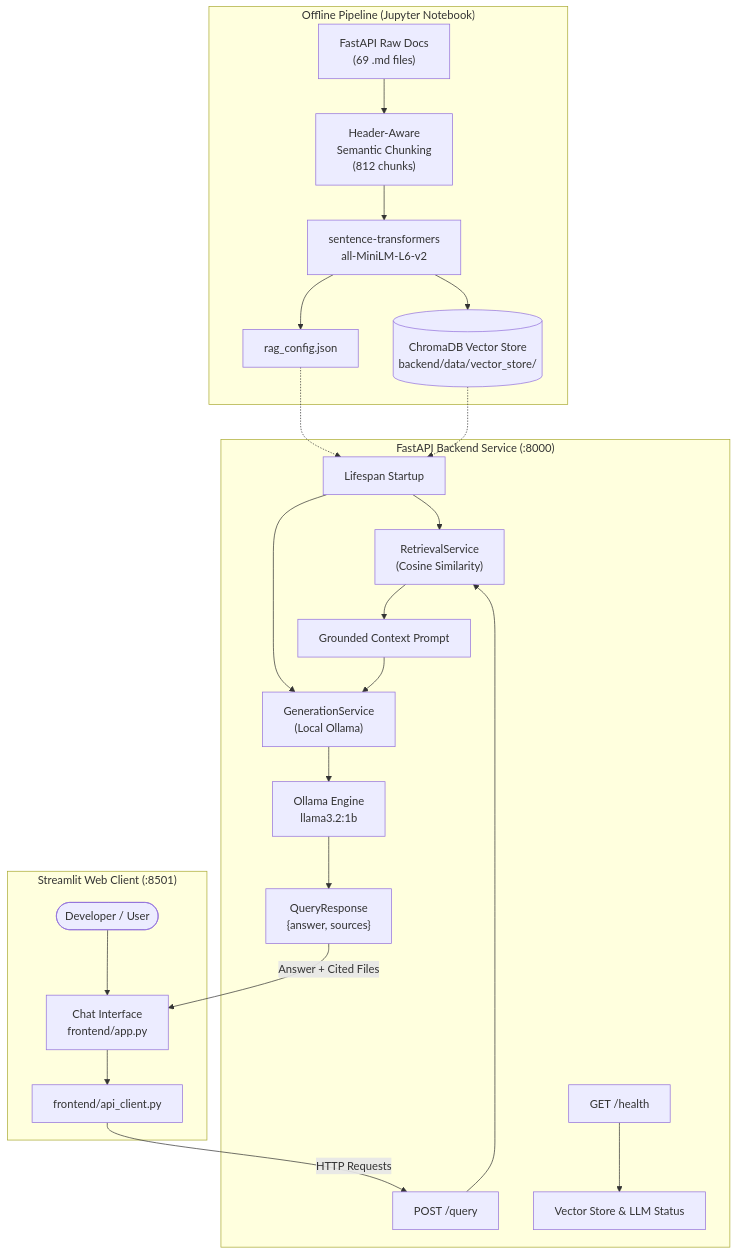
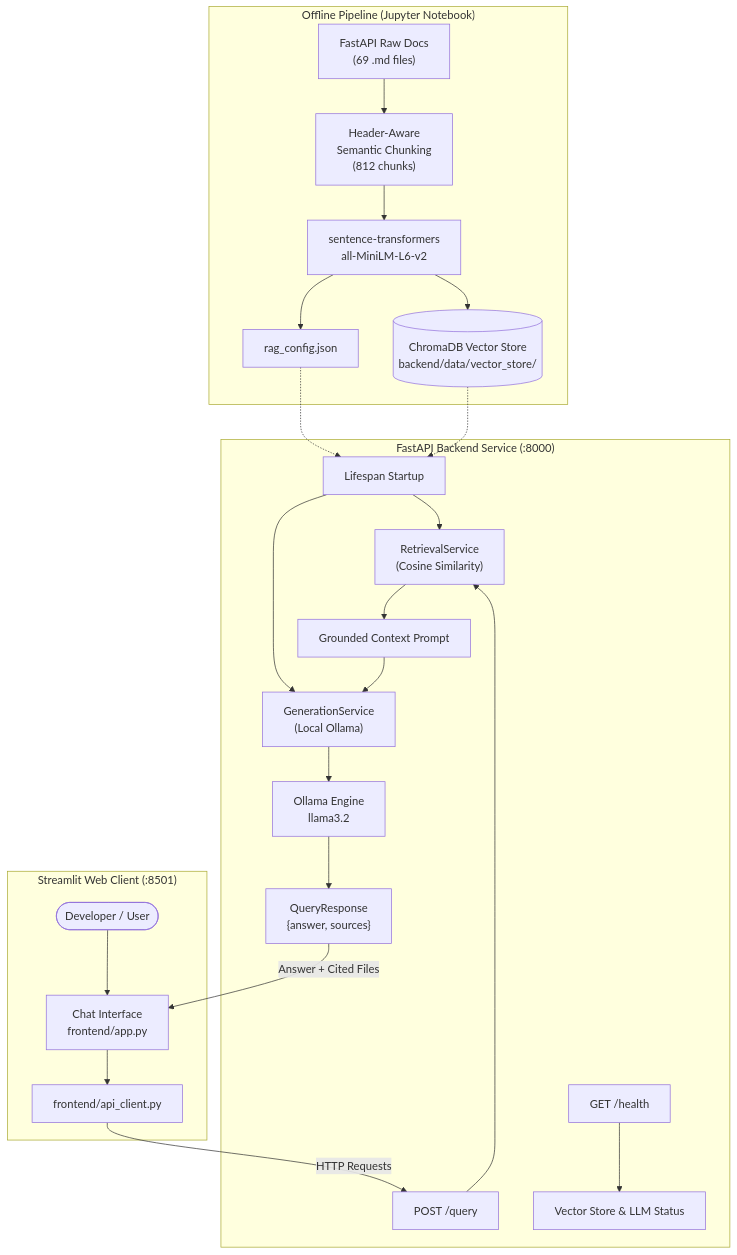
The diagram in README.md (Nouran24625/rag-assistant-app), drawn with Mermaid before and after one commit. The commit also changed other lines of this file and 9 other files, not shown here.

``````diff
--- a/README.md
+++ b/README.md
@@ -11,31 +11,31 @@
-```mermaid
+`````mermaid
 flowchart TD
     subgraph Ingestion["Offline Pipeline (Jupyter Notebook)"]
         RawDocs["FastAPI Raw Docs<br/>(69 .md files)"] --> Chunking["Header-Aware<br/>Semantic Chunking<br/>(812 chunks)"]
         Chunking --> Embedding["sentence-transformers<br/>all-MiniLM-L6-v2"]
         Embedding --> ChromaPersist[("ChromaDB Vector Store<br/>backend/data/vector_store/")]
         Embedding --> ConfigExport["rag_config.json"]
     end
 
     subgraph Backend["FastAPI Backend Service (:8000)"]
         ConfigExport -.-> AppStartup["Lifespan Startup"]
         ChromaPersist -.-> AppStartup
         AppStartup --> RetrievalService["RetrievalService<br/>(Cosine Similarity)"]
         AppStartup --> GenerationService["GenerationService<br/>(Local Ollama)"]
         
         APIQuery["POST /query"] --> RetrievalService
         RetrievalService --> PromptBuilder["Grounded Context Prompt"]
         PromptBuilder --> GenerationService
-        GenerationService --> OllamaLLM["Ollama Engine<br/>llama3.2:1b"]
+        GenerationService --> OllamaLLM["Ollama Engine<br/>llama3.2"]
         OllamaLLM --> QueryResponse["QueryResponse<br/>{answer, sources}"]
         
         APIHealth["GET /health"] --> HealthCheck["Vector Store & LLM Status"]
     end
 
     subgraph Frontend["Streamlit Web Client (:8501)"]
         User(["Developer / User"]) --> StreamlitApp["Chat Interface<br/>frontend/app.py"]
         StreamlitApp --> APIClient["frontend/api_client.py"]
         APIClient -->|"HTTP Requests"| APIQuery
         QueryResponse -->|"Answer + Cited Files"| StreamlitApp
     end
-```
+`````
``````
